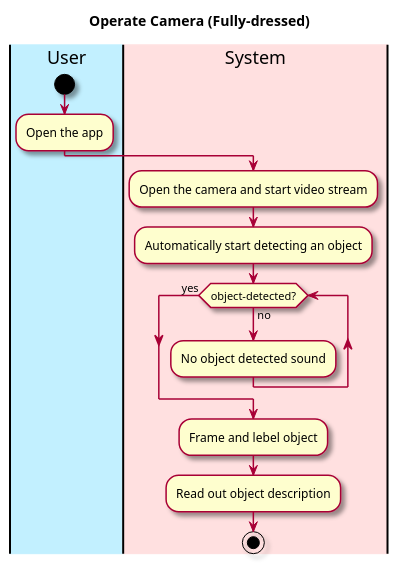
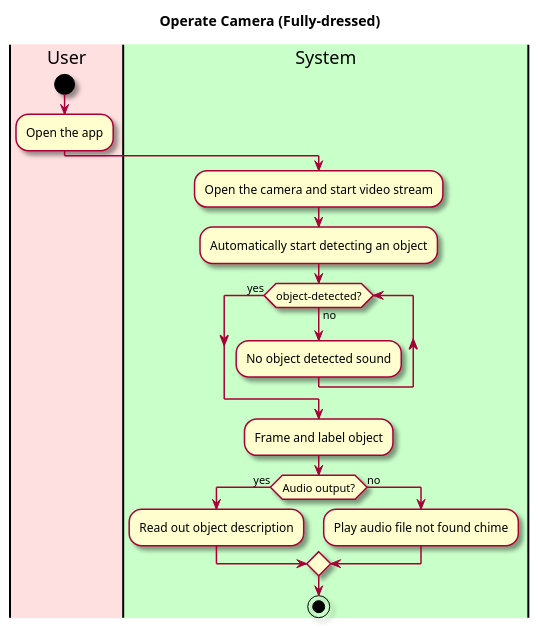
The diagram in intellij/doc/use-cases/analyze-video.md (tonyh1306/OBRE-Vision-through-a-screen), drawn with PlantUML before and after one commit. The commit also changed other lines of this file and 2 other files, not shown here.

Commit message:
Adds preconditions of device access to user cases

````diff
--- a/intellij/doc/use-cases/analyze-video.md
+++ b/intellij/doc/use-cases/analyze-video.md
@@ -30,26 +30,30 @@
 ```plantuml
 @startuml
 
 skin rose
 
 title Operate Camera (Fully-dressed)
 
 'define the lanes
-|#application|User|
-|#implementation|System|
+|#implementation|User|
+|#technology|System|
 
 |User|
 start
 :Open the app;
 
 |System|
 :Open the camera and start video stream;
 :Automatically start detecting an object;
 while (object-detected?) is (no)
 :No object detected sound;
 endwhile(yes)
-:Frame and lebel object;
+:Frame and label object;
+if (Audio output?) then (yes)
 :Read out object description;
+else (no)
+:Play audio file not found chime;
+endif
 stop
 @enduml
 ```
````
